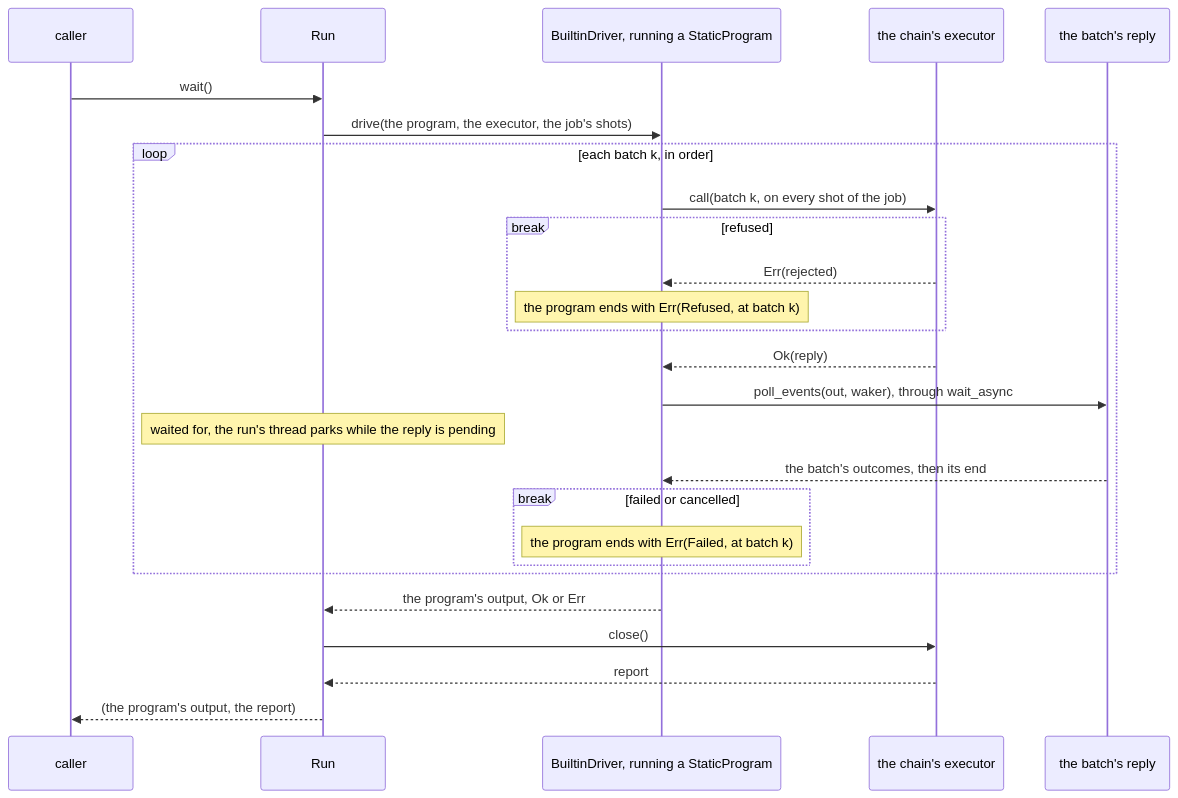
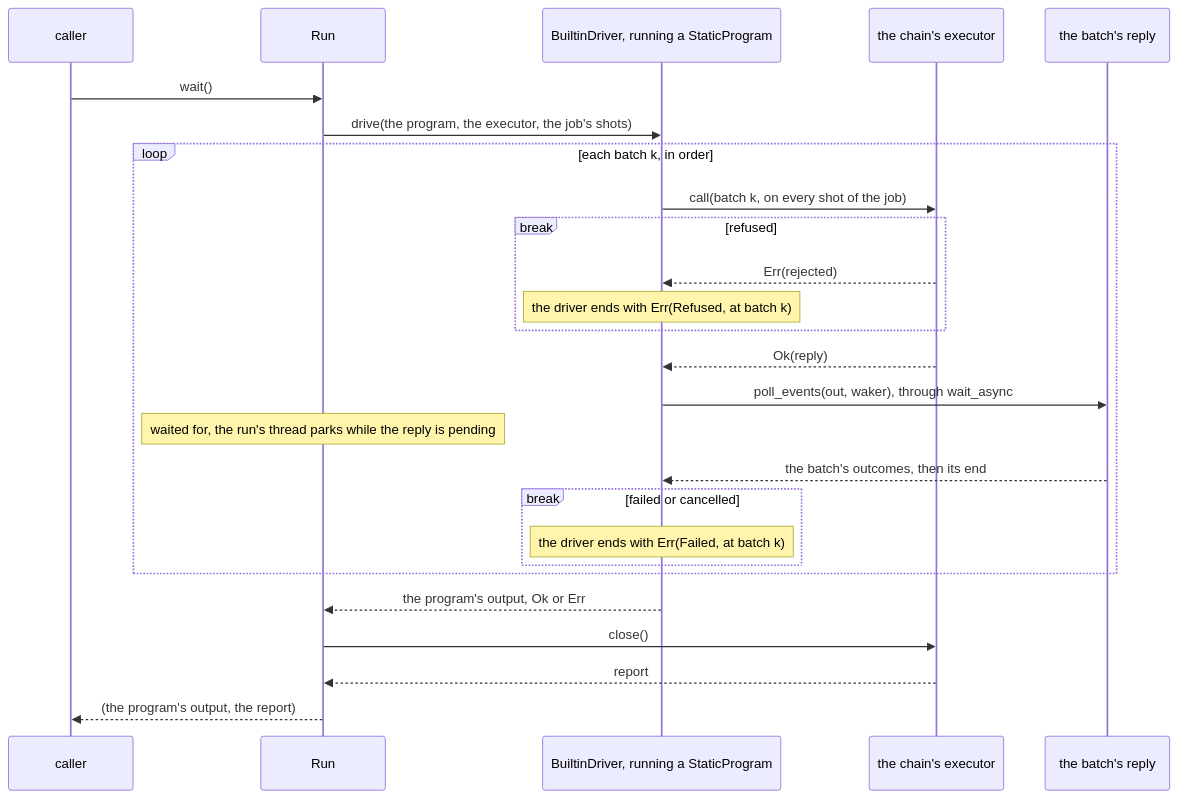
Before and after one commit to microsoft/qdk: the third of 4 diagrams in source/executor_protocol/docs/facilities.md, drawn with Mermaid. The commit also changed other lines of this file and 38 other files, not shown here.

````diff
--- a/source/executor_protocol/docs/facilities.md
+++ b/source/executor_protocol/docs/facilities.md
@@ -228,28 +231,28 @@
 ```mermaid
 sequenceDiagram
   participant T as caller
   participant R as Run
   participant D as BuiltinDriver, running a StaticProgram
   participant E as the chain's executor
   participant Y as the batch's reply
   T->>R: wait()
   R->>D: drive(the program, the executor, the job's shots)
   loop each batch k, in order
     D->>E: call(batch k, on every shot of the job)
     break refused
       E-->>D: Err(rejected)
-      Note over D: the program ends with Err(Refused, at batch k)
+      Note over D: the driver ends with Err(Refused, at batch k)
     end
     E-->>D: Ok(reply)
     D->>Y: poll_events(out, waker), through wait_async
     Note over R: waited for, the run's thread parks while the reply is pending
     Y-->>D: the batch's outcomes, then its end
     break failed or cancelled
-      Note over D: the program ends with Err(Failed, at batch k)
+      Note over D: the driver ends with Err(Failed, at batch k)
     end
   end
   D-->>R: the program's output, Ok or Err
   R->>E: close()
   E-->>R: report
   R-->>T: (the program's output, the report)
 ```
````
